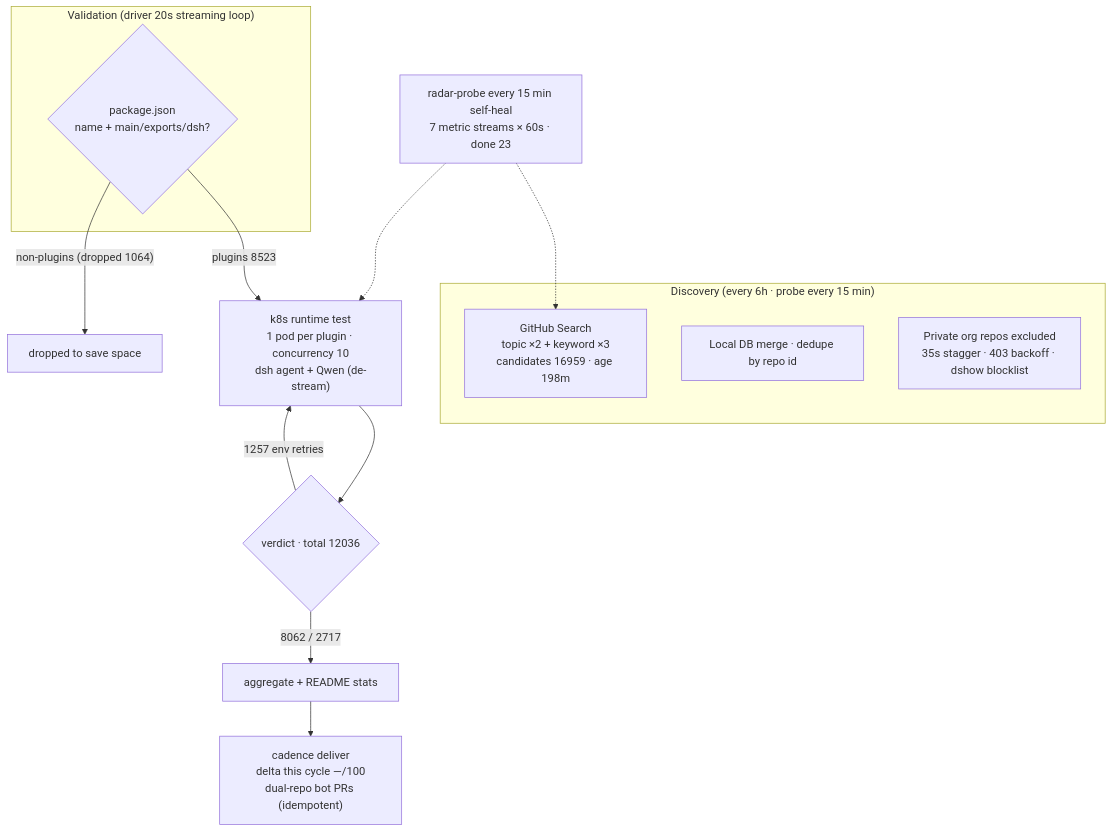
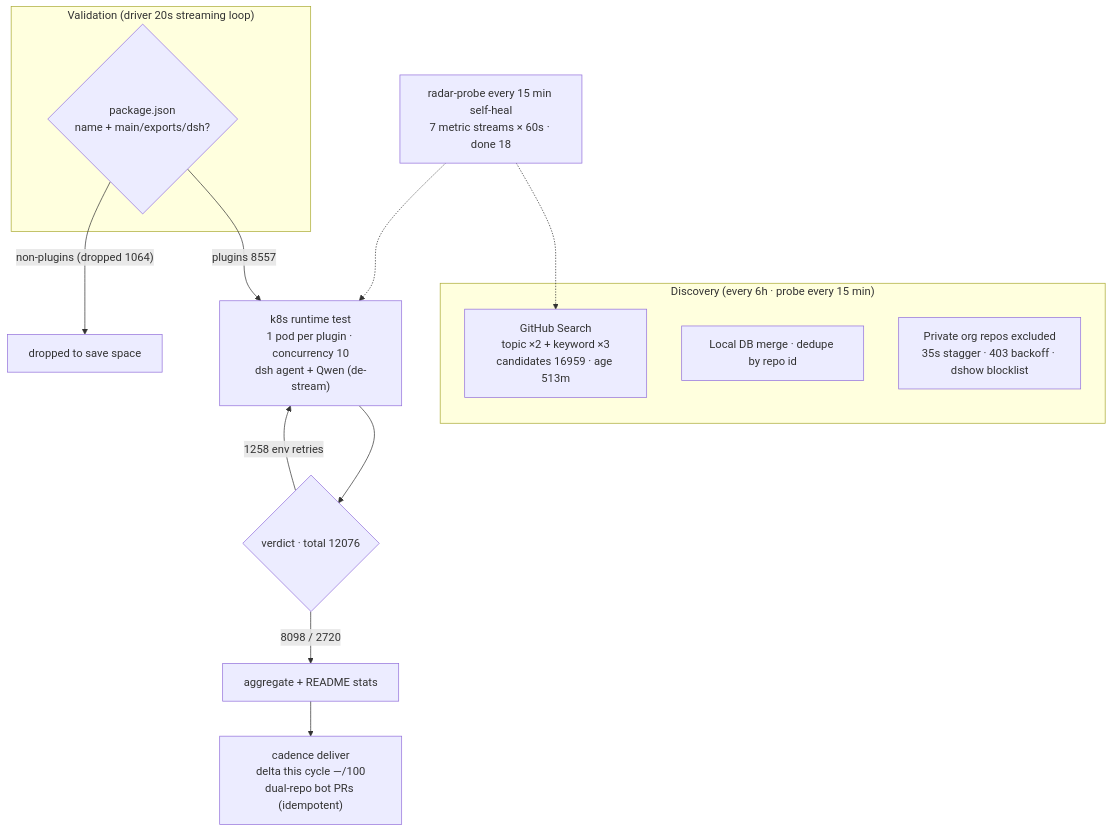
One commit to AdamPlatin123/awesome-dsh-plugins changed the diagram in README.en-US.md. Above: the diagram before and after it, drawn with Mermaid. The commit also changed other lines of this file and 5 other files, not shown here.

````diff
--- a/README.en-US.md
+++ b/README.en-US.md
@@ -45,20 +45,20 @@
 ```mermaid
 flowchart TB
     subgraph Discovery["Discovery (every 6h · probe every 15 min)"]
-        A1["GitHub Search<br/>topic ×2 + keyword ×3<br/>candidates 16959 · age 198m"]
+        A1["GitHub Search<br/>topic ×2 + keyword ×3<br/>candidates 16959 · age 513m"]
         A2["Local DB merge · dedupe by repo id"]
         A3["Private org repos excluded<br/>35s stagger · 403 backoff · dshow blocklist"]
     end
     subgraph Validation["Validation (driver 20s streaming loop)"]
         B1{"package.json<br/>name + main/exports/dsh?"}
     end
-    B1 -->|"plugins 8523"| C1["k8s runtime test<br/>1 pod per plugin · concurrency 10<br/>dsh agent + Qwen (de-stream)"]
+    B1 -->|"plugins 8557"| C1["k8s runtime test<br/>1 pod per plugin · concurrency 10<br/>dsh agent + Qwen (de-stream)"]
     B1 -->|"non-plugins (dropped 1064)"| B3["dropped to save space"]
-    C1 --> D1{"verdict · total 12036"}
-    D1 -->|"8062 / 2717"| E1["aggregate + README stats"]
-    D1 -->|"1257 env retries"| C1
+    C1 --> D1{"verdict · total 12076"}
+    D1 -->|"8098 / 2720"| E1["aggregate + README stats"]
+    D1 -->|"1258 env retries"| C1
     E1 --> E2["cadence deliver<br/>delta this cycle —/100<br/>dual-repo bot PRs (idempotent)"]
-    M["radar-probe every 15 min self-heal<br/>7 metric streams × 60s · done 23"]
+    M["radar-probe every 15 min self-heal<br/>7 metric streams × 60s · done 18"]
     M -.-> A1
     M -.-> C1
 ```
````
